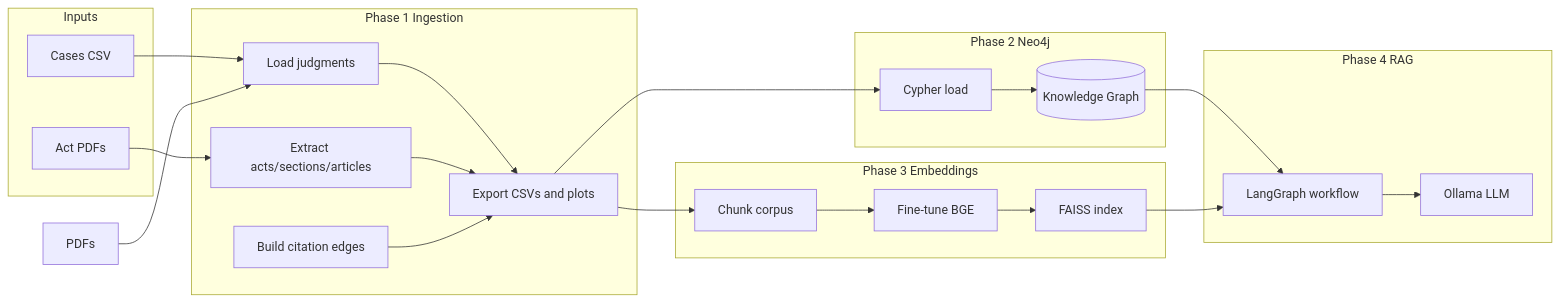
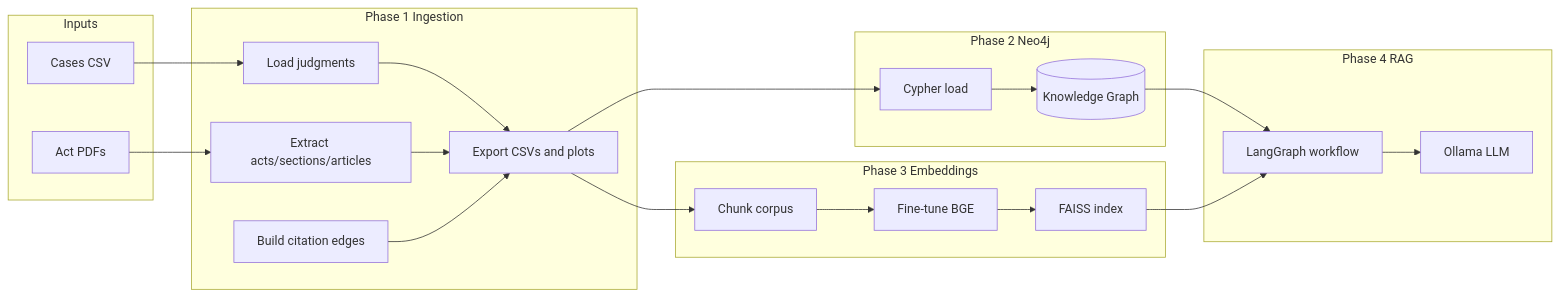
The diagram in Documentation/Architecture.md (AtharvTrivedi21/LegalRAG-KnowledgeGraph), drawn with Mermaid before and after one commit.

````diff
--- a/Documentation/Architecture.md
+++ b/Documentation/Architecture.md
@@ -16,45 +16,44 @@
 ```mermaid
 flowchart LR
   subgraph inputs [Inputs]
     CSV[Cases CSV]
     Acts[Act PDFs]
   end
 
   subgraph phase1 [Phase 1 Ingestion]
     Load[Load judgments]
     Extract[Extract acts/sections/articles]
     Edges[Build citation edges]
     Export[Export CSVs and plots]
   end
 
   subgraph phase2 [Phase 2 Neo4j]
     Cypher[Cypher load]
     KG[(Knowledge Graph)]
   end
 
   subgraph phase3 [Phase 3 Embeddings]
     Chunk[Chunk corpus]
     Finetune[Fine-tune BGE]
     FAISS[FAISS index]
   end
 
   subgraph phase4 [Phase 4 RAG]
     LangGraph[LangGraph workflow]
     Ollama[Ollama LLM]
   end
 
   CSV --> Load
-  PDFs --> Load
   Load --> Export
   Acts --> Extract
   Extract --> Export
   Edges --> Export
   Export --> Cypher
   Export --> Chunk
   Cypher --> KG
   Chunk --> Finetune
   Finetune --> FAISS
   KG --> LangGraph
   FAISS --> LangGraph
   LangGraph --> Ollama
 ```
````
